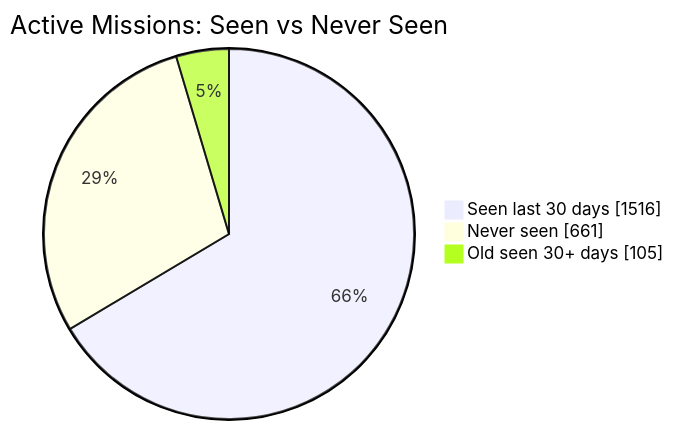
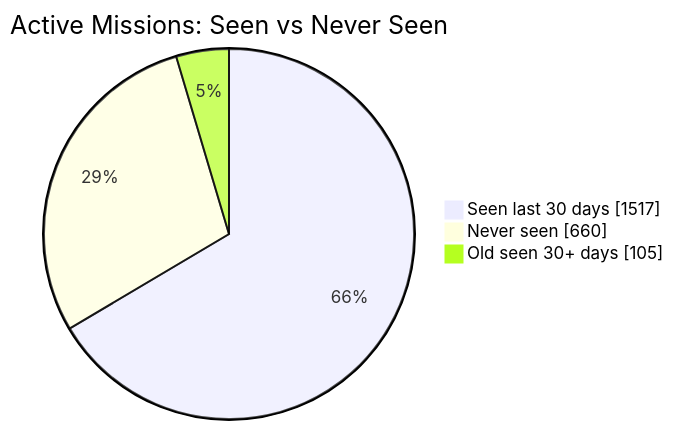
The first of 2 diagrams in README.md (MeldkamerspelGameTeam/active-missions), drawn with Mermaid before and after one commit. The commit also changed other lines of this file and 2 other files, not shown here.

````diff
--- a/README.md
+++ b/README.md
@@ -34,7 +34,7 @@
 ```mermaid
 pie showData
     title Active Missions: Seen vs Never Seen
-    "Seen last 30 days" : 1516
-    "Never seen" : 661
+    "Seen last 30 days" : 1517
+    "Never seen" : 660
     "Old seen 30+ days" : 105
 ```
````
